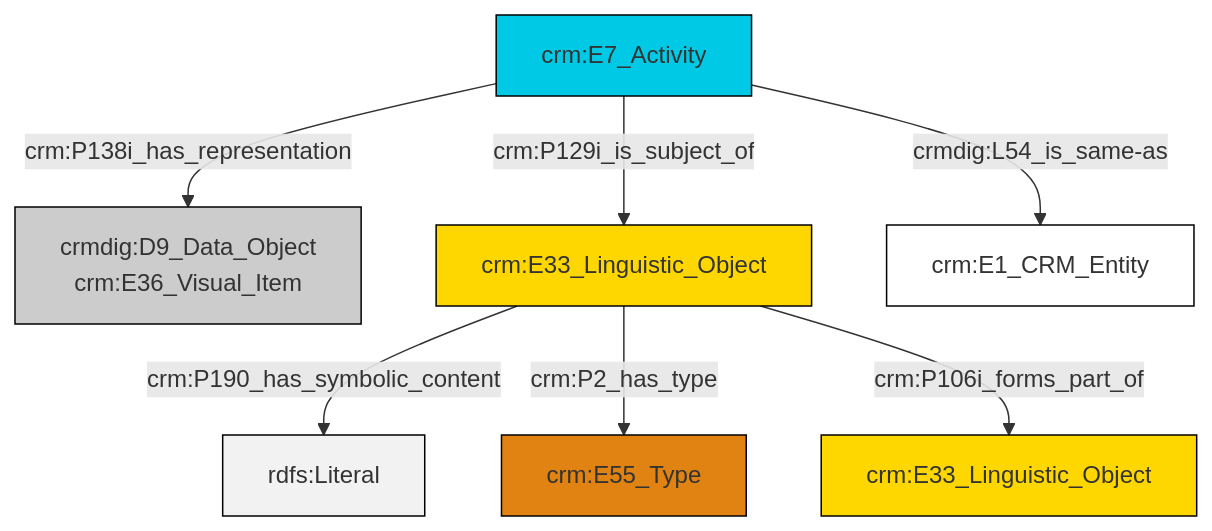
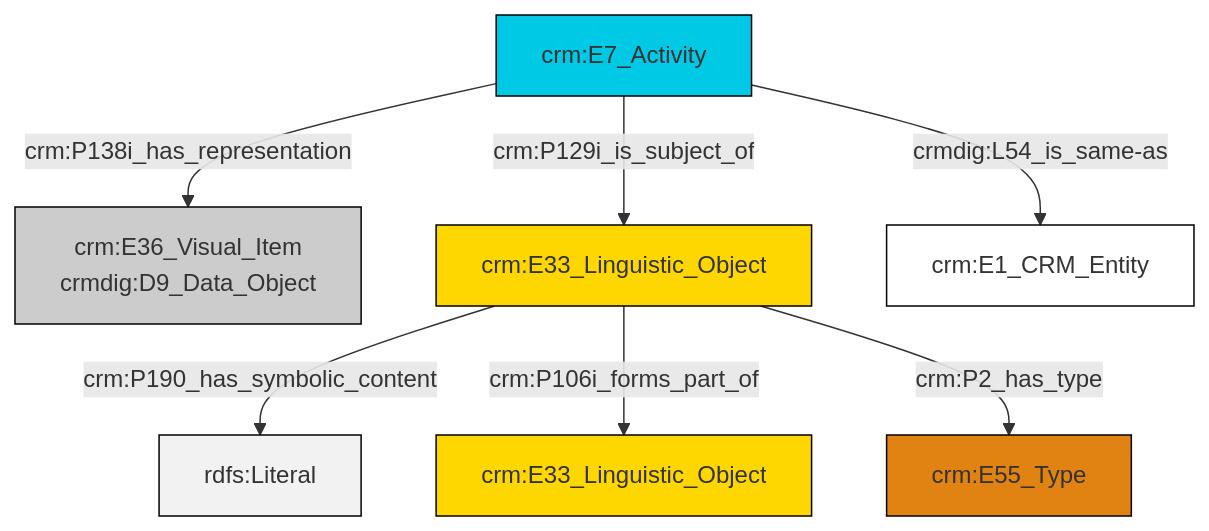
One commit to swiss-art-research-net/reference-data-models changed the diagram in et/eventCSV/ttl/mmd/event_documentation.ttl.mmd. Above: the diagram before and after it, drawn with Mermaid. The commit also changed 130 other files, not shown here.

```diff
--- a/et/eventCSV/ttl/mmd/event_documentation.ttl.mmd
+++ b/et/eventCSV/ttl/mmd/event_documentation.ttl.mmd
@@ -1,21 +1,21 @@
 graph TD
 classDef Literal fill:#f2f2f2,stroke:#000000;
 classDef CRM_Entity fill:#FFFFFF,stroke:#000000;
 classDef Temporal_Entity fill:#00C9E6, stroke:#000000;
 classDef Type fill:#E18312, stroke:#000000;
 classDef Time-Span fill:#2C9C91, stroke:#000000;
 classDef Appellation fill:#FFEB7F, stroke:#000000;
 classDef Place fill:#008836, stroke:#000000;
 classDef Persistent_Item fill:#B266B2, stroke:#000000;
 classDef Conceptual_Object fill:#FFD700, stroke:#000000;
 classDef Physical_Thing fill:#D2B48C, stroke:#000000;
 classDef Actor fill:#f58aad, stroke:#000000;
 classDef PC_Classes fill:#4ce600, stroke:#000000;
 classDef Multi fill:#cccccc,stroke:#000000;
 
-0["crm:E7_Activity"]:::Temporal_Entity -->|crm:P138i_has_representation| 1["crmdig:D9_Data_Object<br>crm:E36_Visual_Item"]:::Multi
-0["crm:E7_Activity"]:::Temporal_Entity -->|crm:P129i_is_subject_of| 2["crm:E33_Linguistic_Object"]:::Conceptual_Object
-2["crm:E33_Linguistic_Object"]:::Conceptual_Object -->|crm:P190_has_symbolic_content| 5[rdfs:Literal]:::Literal
-2["crm:E33_Linguistic_Object"]:::Conceptual_Object -->|crm:P2_has_type| 7["crm:E55_Type"]:::Type
-0["crm:E7_Activity"]:::Temporal_Entity -->|crmdig:L54_is_same-as| 10["crm:E1_CRM_Entity"]:::CRM_Entity
-2["crm:E33_Linguistic_Object"]:::Conceptual_Object -->|crm:P106i_forms_part_of| 3["crm:E33_Linguistic_Object"]:::Conceptual_Object
+12["crm:E7_Activity"]:::Temporal_Entity -->|crmdig:L54_is_same-as| 5["crm:E1_CRM_Entity"]:::CRM_Entity
+12["crm:E7_Activity"]:::Temporal_Entity -->|crm:P138i_has_representation| 0["crm:E36_Visual_Item<br>crmdig:D9_Data_Object"]:::Multi
+3["crm:E33_Linguistic_Object"]:::Conceptual_Object -->|crm:P190_has_symbolic_content| 13[rdfs:Literal]:::Literal
+12["crm:E7_Activity"]:::Temporal_Entity -->|crm:P129i_is_subject_of| 3["crm:E33_Linguistic_Object"]:::Conceptual_Object
+3["crm:E33_Linguistic_Object"]:::Conceptual_Object -->|crm:P106i_forms_part_of| 7["crm:E33_Linguistic_Object"]:::Conceptual_Object
+3["crm:E33_Linguistic_Object"]:::Conceptual_Object -->|crm:P2_has_type| 9["crm:E55_Type"]:::Type
```
